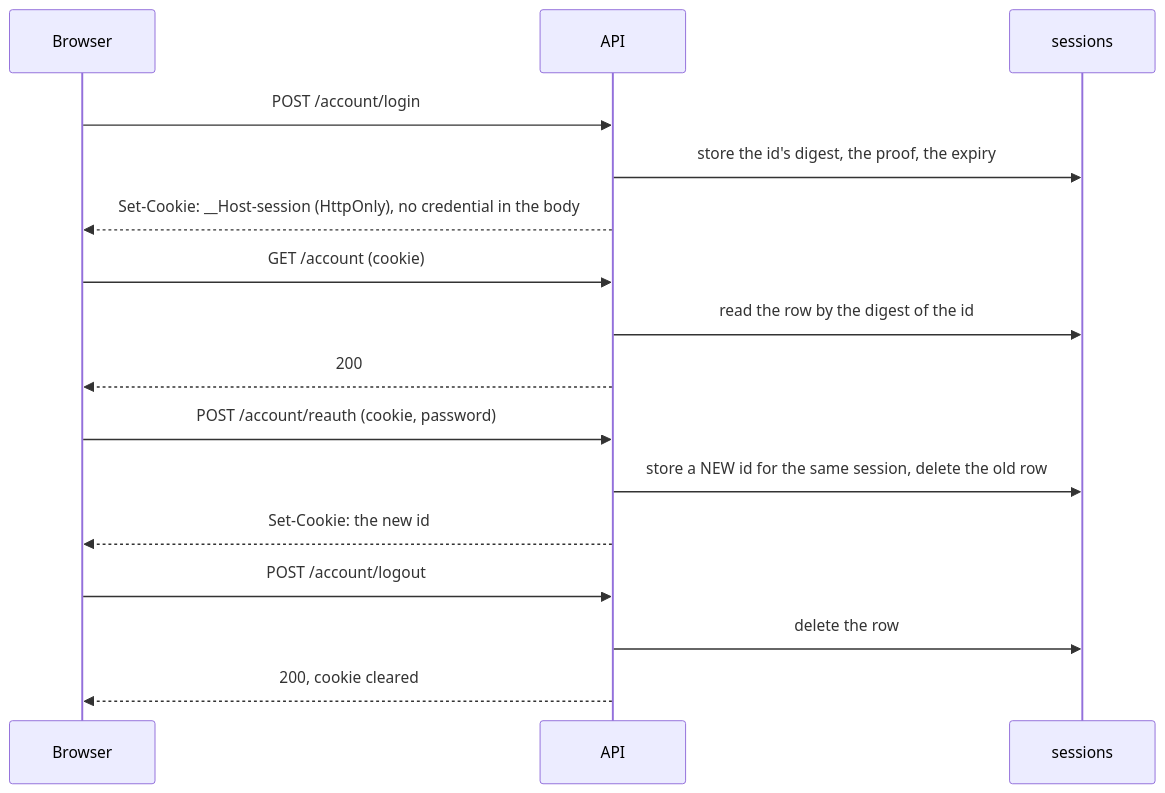
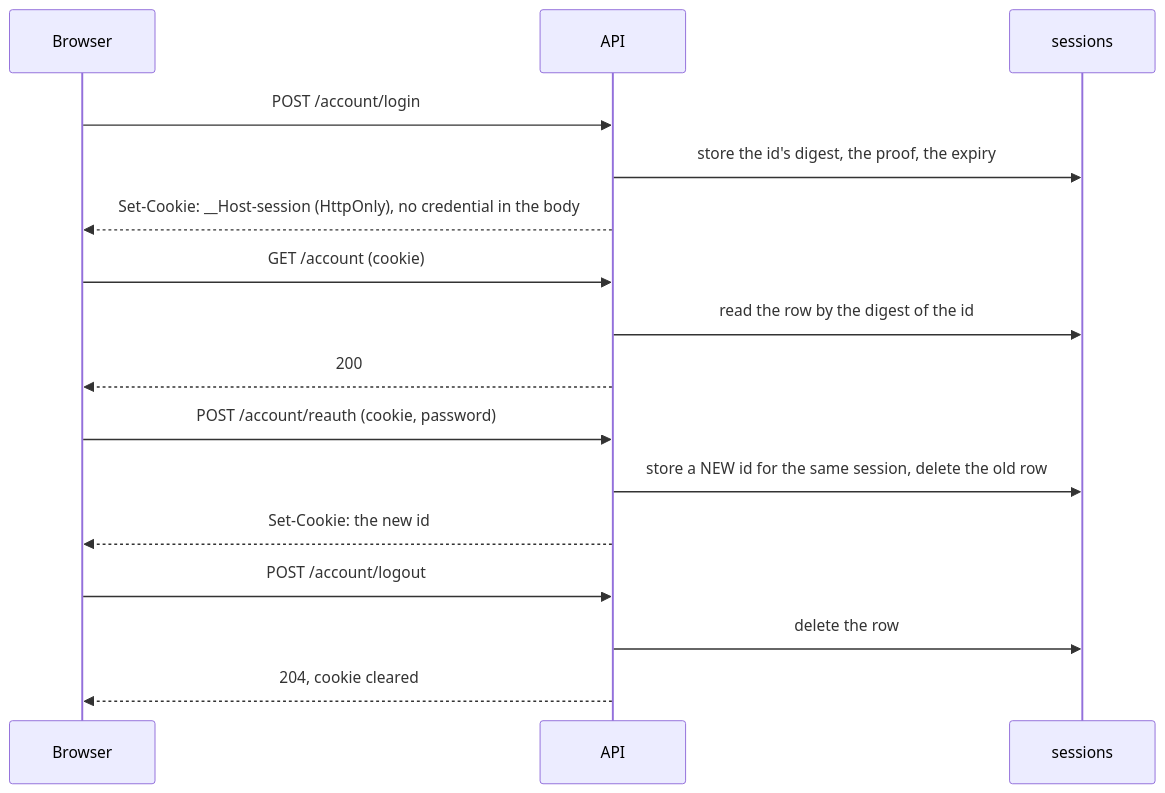
Before and after one commit to Guebbit/boilerplate-node-backend: the second of 3 diagrams in docs/theory/sessions.md, drawn with Mermaid. The commit also changed 29 other files, not shown here.

````diff
--- a/docs/theory/sessions.md
+++ b/docs/theory/sessions.md
@@ -61,18 +61,18 @@
 ```mermaid
 sequenceDiagram
     participant B as Browser
     participant A as API
     participant D as sessions
     B->>A: POST /account/login
     A->>D: store the id's digest, the proof, the expiry
     A-->>B: Set-Cookie: __Host-session (HttpOnly), no credential in the body
     B->>A: GET /account  (cookie)
     A->>D: read the row by the digest of the id
     A-->>B: 200
     B->>A: POST /account/reauth  (cookie, password)
     A->>D: store a NEW id for the same session, delete the old row
     A-->>B: Set-Cookie: the new id
     B->>A: POST /account/logout
     A->>D: delete the row
-    A-->>B: 200, cookie cleared
+    A-->>B: 204, cookie cleared
 ```
````
